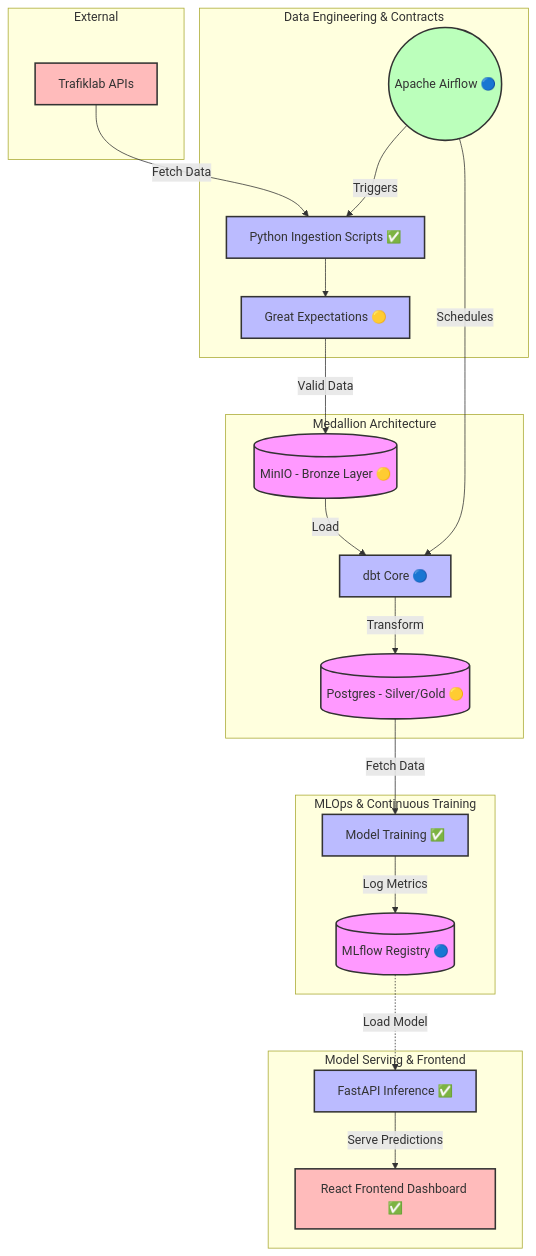
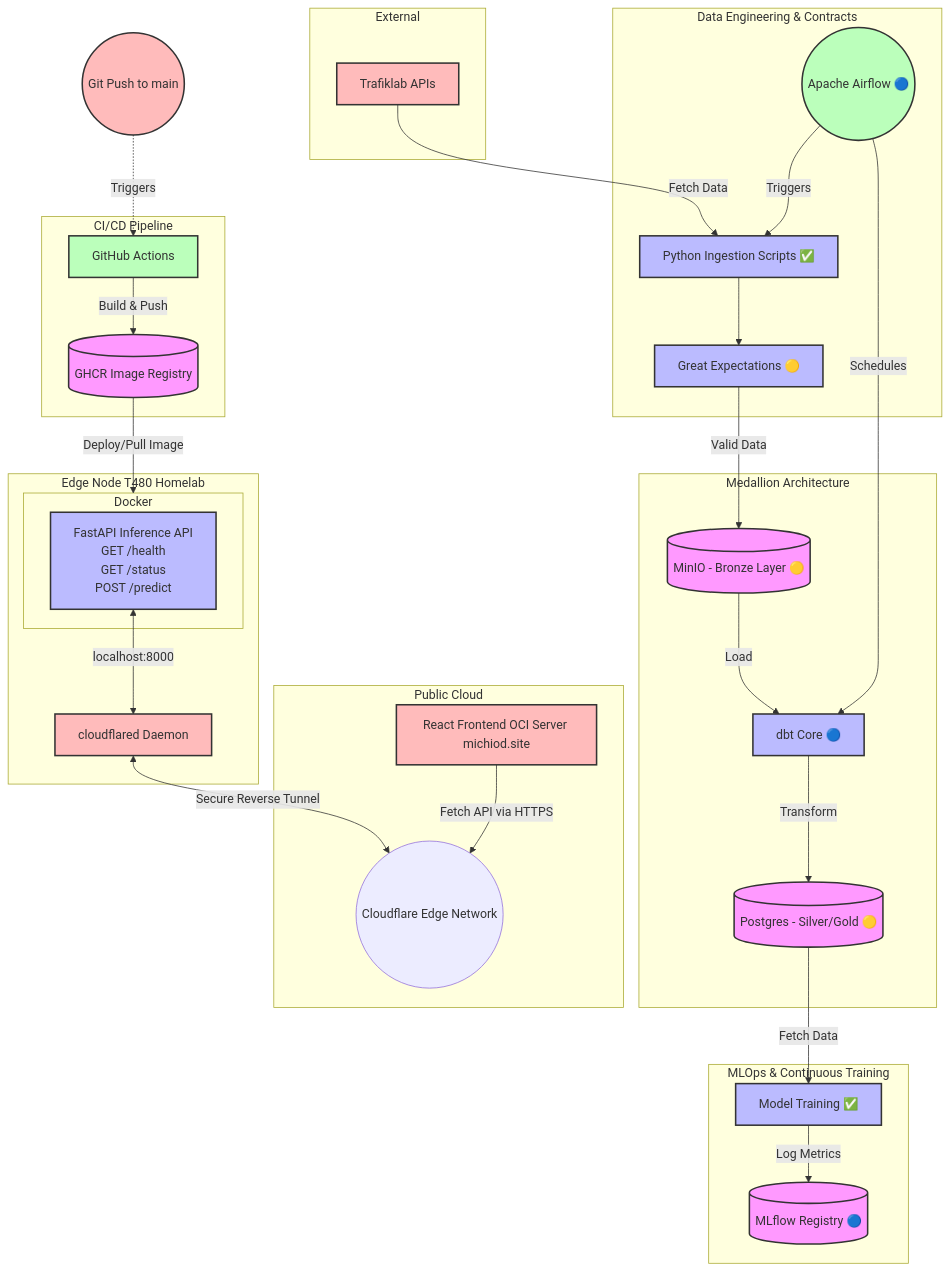
Before and after one commit to michioD/sl-metro-predict: the diagram in README.md, drawn with Mermaid.

Commit message:
docs: update mermaid architecture diagram with Docker, CI/CD, and Cloudflare

````diff
--- a/README.md
+++ b/README.md
@@ -36,54 +36,73 @@
 ```mermaid
 graph TD
     %% Styling
     classDef storage fill:#f9f,stroke:#333,stroke-width:2px;
     classDef compute fill:#bbf,stroke:#333,stroke-width:2px;
     classDef orchestration fill:#bfb,stroke:#333,stroke-width:2px;
     classDef external fill:#fbb,stroke:#333,stroke-width:2px;
 
     %% External Sources
     subgraph External
         API[Trafiklab APIs]:::external
     end
 
     %% Data Engineering / Orchestration
     subgraph Data Engineering & Contracts
         Orchestrator((Apache Airflow 🔵)):::orchestration
         Ingestion[Python Ingestion Scripts ✅]:::compute
         GE[Great Expectations 🟡]:::compute
         
         API -->|Fetch Data| Ingestion
         Orchestrator -->|Triggers| Ingestion
         Ingestion --> GE
     end
 
     %% Storage & Transformation (Medallion)
     subgraph Medallion Architecture
         MinIO[(MinIO - Bronze Layer 🟡)]:::storage
         DBT[dbt Core 🔵]:::compute
         PG_Silver[(Postgres - Silver/Gold 🟡)]:::storage
         
         GE -->|Valid Data| MinIO
         MinIO -->|Load| DBT
         DBT -->|Transform| PG_Silver
         Orchestrator -->|Schedules| DBT
     end
 
     %% MLOps
     subgraph MLOps & Continuous Training
         ModelTrain[Model Training ✅]:::compute
         Registry[(MLflow Registry 🔵)]:::storage
         
         PG_Silver -->|Fetch Data| ModelTrain
         ModelTrain -->|Log Metrics| Registry
     end
 
-    %% Serving
-    subgraph Model Serving & Frontend
-        FastAPI[FastAPI Inference ✅]:::compute
-        Website[React Frontend Dashboard ✅]:::external
-        
-        Registry -.->|Load Model| FastAPI
-        FastAPI -->|Serve Predictions| Website
+    %% CI/CD
+    subgraph CICD [CI/CD Pipeline]
+        GHA[GitHub Actions]:::orchestration
+        GHCR[(GHCR Image Registry)]:::storage
     end
+
+    %% Serving Edge Node
+    subgraph EdgeNode [Edge Node T480 Homelab]
+        CF_Daemon[cloudflared Daemon]:::external
+        subgraph Docker [Docker]
+            FastAPI[FastAPI Inference API<br>GET /health<br>GET /status<br>POST /predict]:::compute
+        end
+        FastAPI <-->|localhost:8000| CF_Daemon
+    end
+
+    %% Public Cloud
+    subgraph PublicCloud [Public Cloud]
+        CF_Edge((Cloudflare Edge Network)):::exREternal
+        Website[React Frontend OCI Server michiod.site]:::external
+    end
+    
+    GitPush((Git Push to main)):::external -.->|Triggers| GHA
+    GHA -->|Build & Push| GHCR
+    GHCR -->|Deploy/Pull Image| Docker
+    
+    CF_Daemon <-->|Secure Reverse Tunnel| CF_Edge
+    Website -->|Fetch API via HTTPS| CF_Edge
 ```
````
